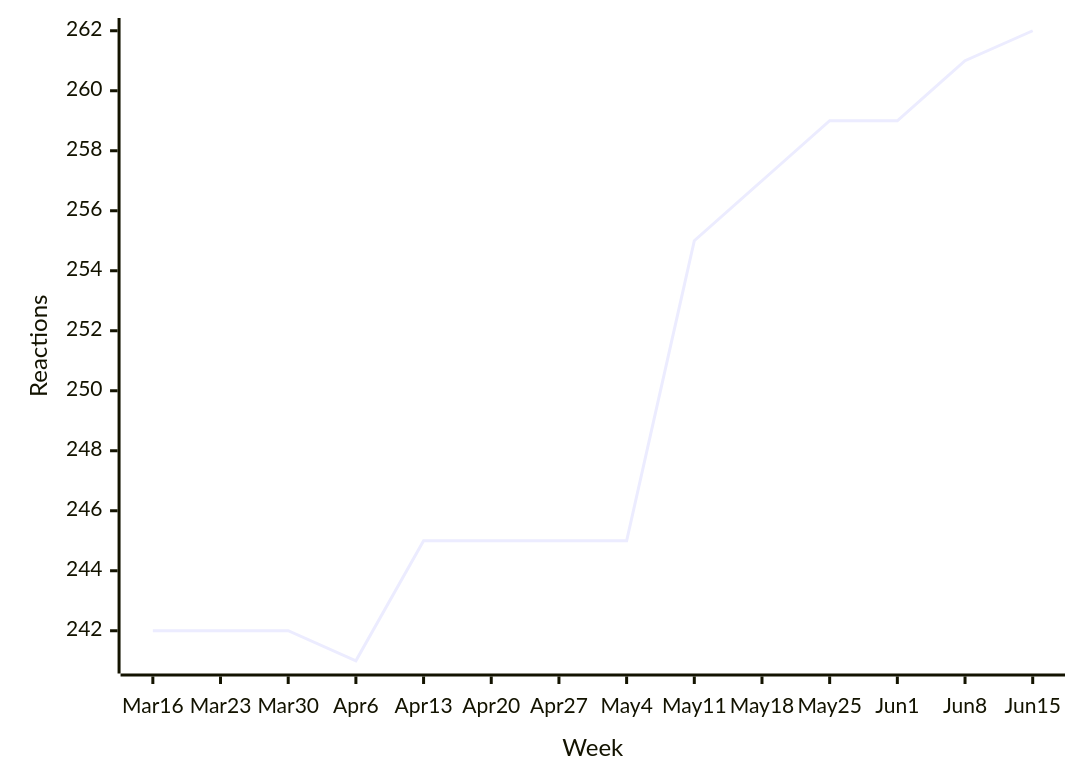
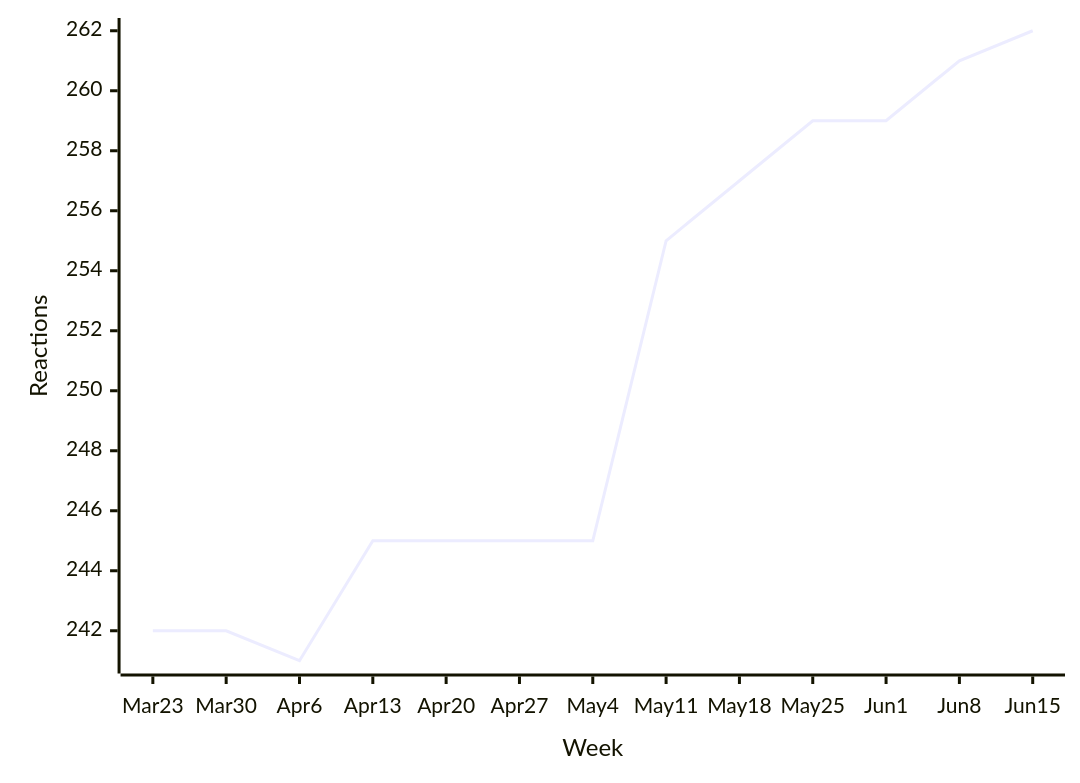
Before and after one commit to loic-sharma/github-insights: the eighth of 49 diagrams in README.md, drawn with Mermaid. The commit also changed other lines of this file and 3 other files, not shown here.

````diff
--- a/README.md
+++ b/README.md
@@ -458,6 +458,6 @@
   ```mermaid
   xychart-beta
-    x-axis "Week" [Mar 16, Mar 23, Mar 30, Apr 6, Apr 13, Apr 20, Apr 27, May 4, May 11, May 18, May 25, Jun 1, Jun 8, Jun 15]
+    x-axis "Week" [Mar 23, Mar 30, Apr 6, Apr 13, Apr 20, Apr 27, May 4, May 11, May 18, May 25, Jun 1, Jun 8, Jun 15]
     y-axis "Reactions"
-    line [242, 242, 242, 241, 245, 245, 245, 245, 255, 257, 259, 259, 261, 262]
+    line [242, 242, 241, 245, 245, 245, 245, 255, 257, 259, 259, 261, 262]
   ```
````
